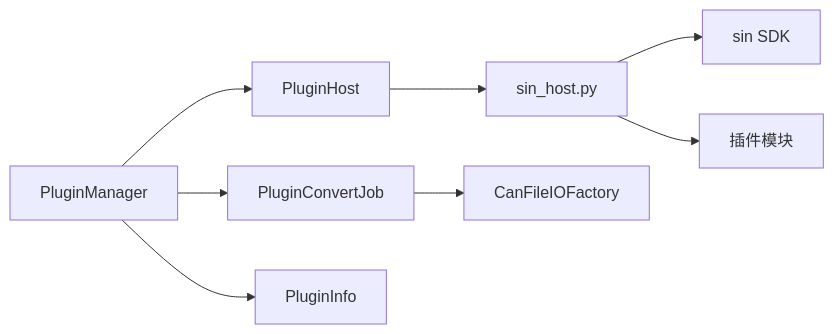
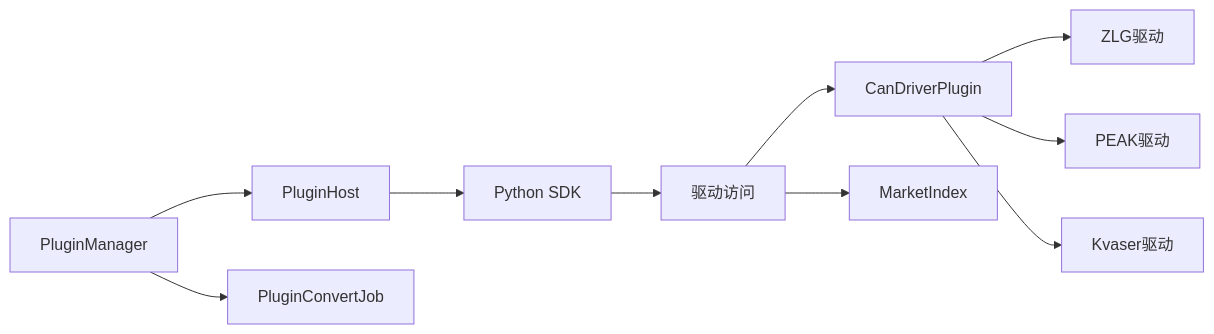
The third of 3 diagrams in .qoder/repowiki/zh/content/架构设计/插件系统架构/插件系统架构.md (jakecai1225-design/OpenBus), drawn with Mermaid before and after one commit. The commit also changed other lines of this file and 40 other files, not shown here.

````diff
--- a/.qoder/repowiki/zh/content/架构设计/插件系统架构/插件系统架构.md
+++ b/.qoder/repowiki/zh/content/架构设计/插件系统架构/插件系统架构.md
@@ -217,10 +218,12 @@
 ```mermaid
 graph LR
 PM["PluginManager"] --> PH["PluginHost"]
 PM --> PCJ["PluginConvertJob"]
-PM --> PI["PluginInfo"]
-PH --> SH["sin_host.py"]
-SH --> SDK["sin SDK"]
-SH --> Plugins["插件模块"]
-PCJ --> CFIO["CanFileIOFactory"]
+DR["DriverRegistry"] --> CDP["CanDriverPlugin"]
+DR --> MI["MarketIndex"]
+CDP --> ZLG["ZLG驱动"]
+CDP --> PEAK["PEAK驱动"]
+CDP --> KVASER["Kvaser驱动"]
+PH --> SDK["Python SDK"]
+SDK --> DR["驱动访问"]
 ```
````
